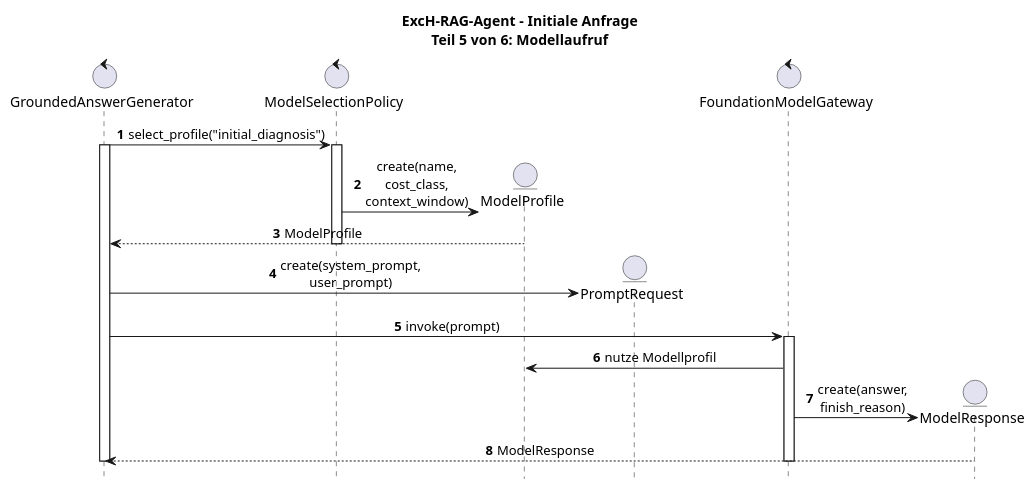
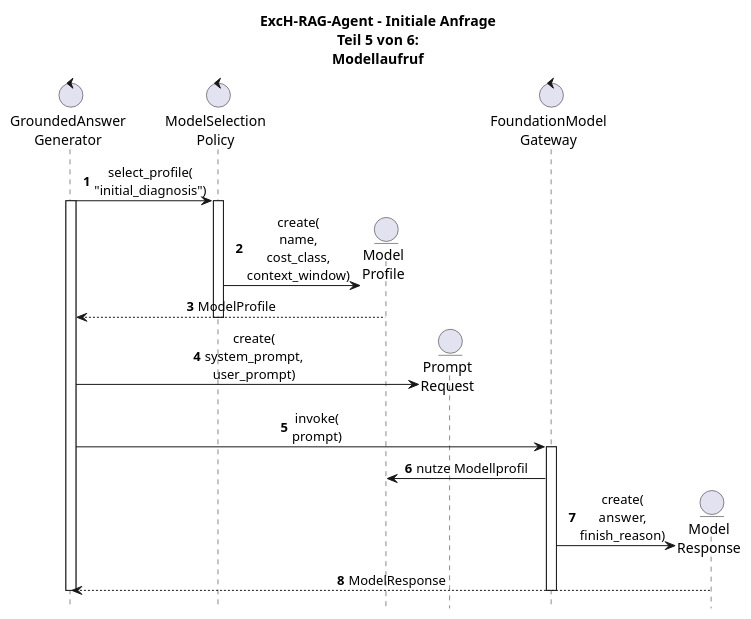
One commit to verkal1999/Agent_Test changed the diagram in UML-Diagrams/ExcH-RAG-Agent/Komponenten_ExcH-RAG-Agent/07e_seq_model_call.plantuml. Above: the diagram before and after it, drawn with PlantUML. The commit also changed 38 other files, not shown here.

Commit message:
UML-Diagramme svgs erneuert

```diff
--- a/UML-Diagrams/ExcH-RAG-Agent/Komponenten_ExcH-RAG-Agent/07e_seq_model_call.plantuml
+++ b/UML-Diagrams/ExcH-RAG-Agent/Komponenten_ExcH-RAG-Agent/07e_seq_model_call.plantuml
@@ -1,39 +1,39 @@
 @startuml
 
 skinparam shadowing false
 skinparam responseMessageBelowArrow true
 skinparam sequenceMessageAlign center
 hide footbox
 autonumber
 
-title ExcH-RAG-Agent - Initiale Anfrage\nTeil 5 von 6: Modellaufruf
+title ExcH-RAG-Agent - Initiale Anfrage\nTeil 5 von 6:\nModellaufruf
 
-control "GroundedAnswerGenerator" as Generator
-control "ModelSelectionPolicy" as Policy
-entity "ModelProfile" as Profile
-entity "PromptRequest" as Prompt
-control "FoundationModelGateway" as Gateway
-entity "ModelResponse" as Response
+control "GroundedAnswer\nGenerator" as Generator
+control "ModelSelection\nPolicy" as Policy
+entity "Model\nProfile" as Profile
+entity "Prompt\nRequest" as Prompt
+control "FoundationModel\nGateway" as Gateway
+entity "Model\nResponse" as Response
 
-Generator -> Policy : select_profile("initial_diagnosis")
+Generator -> Policy : select_profile(\n"initial_diagnosis")
 activate Generator
 activate Policy
 create Profile
-Policy -> Profile : create(name,\ncost_class,\ncontext_window)
+Policy -> Profile : create(\nname,\ncost_class,\ncontext_window)
 Profile --> Generator : ModelProfile
 deactivate Policy
 
 create Prompt
-Generator -> Prompt : create(system_prompt,\nuser_prompt)
+Generator -> Prompt : create(\nsystem_prompt,\nuser_prompt)
 
-Generator -> Gateway : invoke(prompt)
+Generator -> Gateway : invoke(\nprompt)
 activate Gateway
 Gateway -> Profile : nutze Modellprofil
 
 create Response
-Gateway -> Response : create(answer,\nfinish_reason)
+Gateway -> Response : create(\nanswer,\nfinish_reason)
 Response --> Generator : ModelResponse
 deactivate Gateway
 deactivate Generator
 
 @enduml
```
